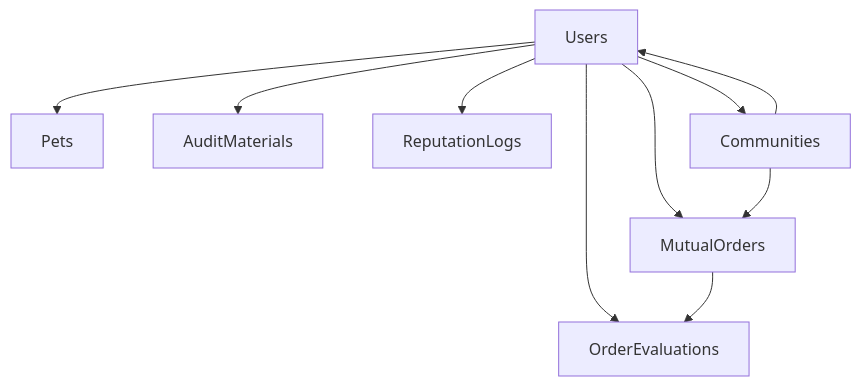
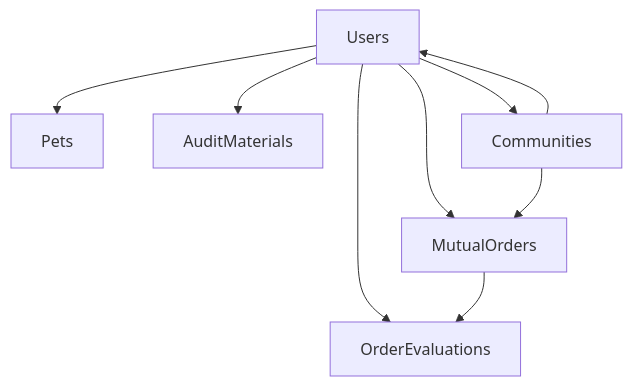
The diagram in Backend/README.md (swx522/Petpal), drawn with Mermaid before and after one commit. The commit also changed other lines of this file and 17 other files, not shown here.

````diff
--- a/Backend/README.md
+++ b/Backend/README.md
@@ -630,13 +710,12 @@
 ```mermaid
 graph TD
     A[Users] --> B[Pets]
     A --> C[MutualOrders]
     A --> D[OrderEvaluations]
     A --> E[AuditMaterials]
-    A --> F[ReputationLogs]
-    A --> G[Communities]
+    A --> F[Communities]
 
     C --> D[OrderEvaluations]
-    G --> C[MutualOrders]
-    G --> A[Users]
+    F --> C[MutualOrders]
+    F --> A[Users]
 ```
````
